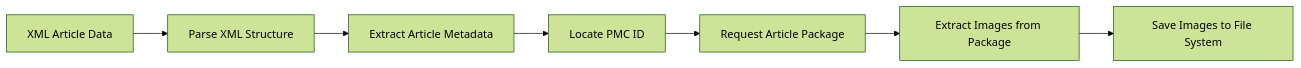
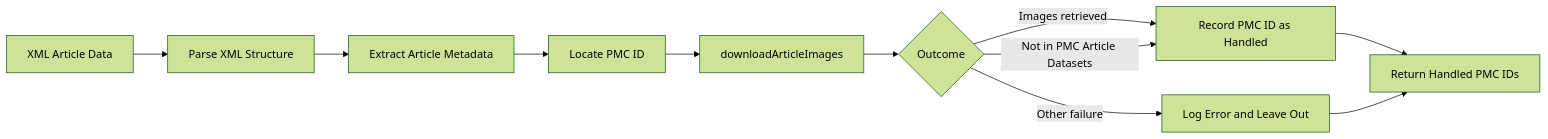
One commit to AlexJSully/Publication-Figure-Retrieval changed the fifth of 10 diagrams in docs/architecture/index.md. Above: the diagram before and after it, drawn with Mermaid (forest theme). The commit also changed other lines of this file and 28 other files, not shown here.

````diff
--- a/docs/architecture/index.md
+++ b/docs/architecture/index.md
@@ -160,12 +163,16 @@
 ```mermaid
 graph LR
-    accTitle: Parse Module Figure Extraction
-    accDescr: The parse module takes XML article data, parses its structure, extracts the article metadata, locates the PMC ID, requests the article package, extracts images from the package, and saves the images to the file system.
+    accTitle: Parse Module Article Processing
+    accDescr: The parse module takes XML article data, awaits parsing of its structure, extracts the article metadata, and locates the PMC ID of each article in turn. It calls downloadArticleImages for the article. If the images are retrieved, or the article is not in the PMC Article Datasets, the PMC ID is recorded as handled. Any other failure is logged and the article is left out. After the last article the module returns the handled PMC IDs.
 
         A[XML Article Data] --> B[Parse XML Structure]
         B --> C[Extract Article Metadata]
         C --> D[Locate PMC ID]
-        D --> E[Request Article Package]
-        E --> F[Extract Images from Package]
-        F --> G[Save Images to File System]
+        D --> E[downloadArticleImages]
+        E --> F{Outcome}
+        F -->|Images retrieved| G[Record PMC ID as Handled]
+        F -->|Not in PMC Article Datasets| G
+        F -->|Other failure| H[Log Error and Leave Out]
+        G --> I[Return Handled PMC IDs]
+        H --> I
 ```
````
